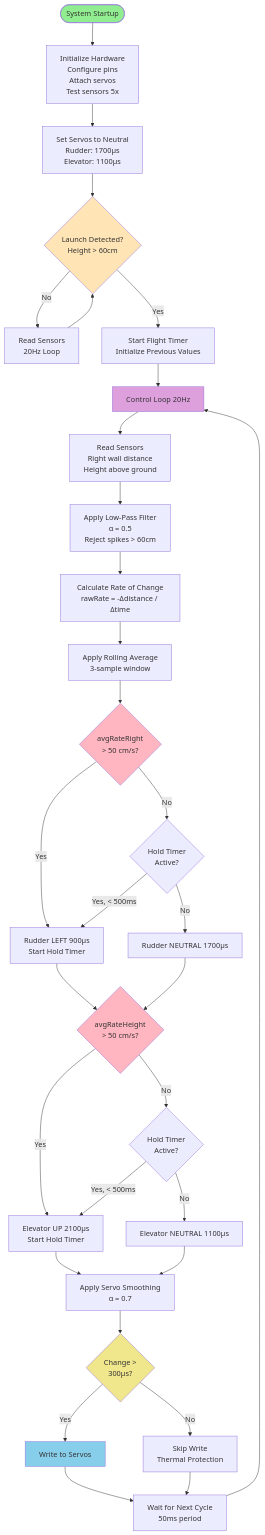
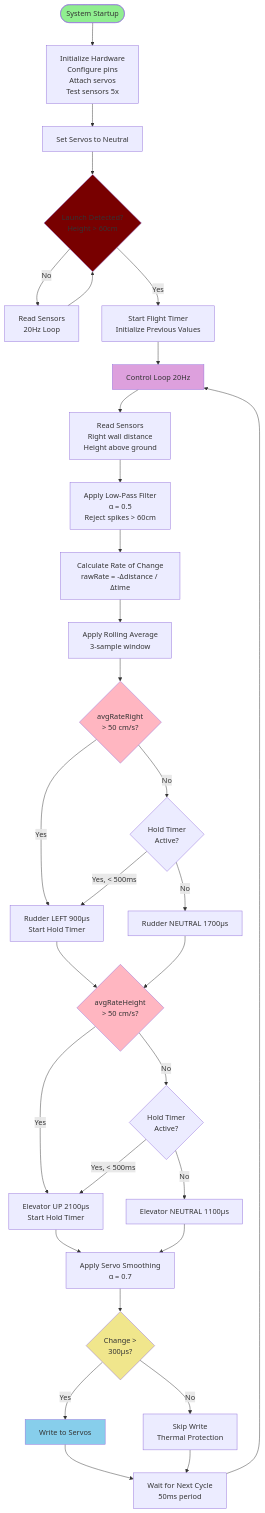
Before and after one commit to VahidDanesh/fixed-wing: the diagram in README.md, drawn with Mermaid.

Commit message:
update flowchart

````diff
--- a/README.md
+++ b/README.md
@@ -205,53 +205,53 @@
 ```mermaid
 flowchart TD
     Start([System Startup]) --> Init[Initialize Hardware<br/>Configure pins<br/>Attach servos<br/>Test sensors 5x]
-    Init --> Neutral[Set Servos to Neutral<br/>Rudder: 1700µs<br/>Elevator: 1100µs]
+    Init --> Neutral[Set Servos to Neutral]
     Neutral --> WaitLaunch{Launch Detected?<br/>Height > 60cm}
     
     WaitLaunch -->|No| ReadSensors1[Read Sensors<br/>20Hz Loop]
     ReadSensors1 --> WaitLaunch
     
     WaitLaunch -->|Yes| StartFlight[Start Flight Timer<br/>Initialize Previous Values]
     
     StartFlight --> ControlLoop[Control Loop 20Hz]
     
     ControlLoop --> ReadSensors2[Read Sensors<br/>Right wall distance<br/>Height above ground]
     ReadSensors2 --> Filter[Apply Low-Pass Filter<br/>α = 0.5<br/>Reject spikes > 60cm]
     
     Filter --> CalcRate[Calculate Rate of Change<br/>rawRate = -Δdistance / Δtime]
     CalcRate --> RollingAvg[Apply Rolling Average<br/>3-sample window]
     
     RollingAvg --> RudderCheck{avgRateRight<br/>> 50 cm/s?}
     RudderCheck -->|Yes| RudderLeft[Rudder LEFT 900µs<br/>Start Hold Timer]
     RudderCheck -->|No| RudderHoldCheck{Hold Timer<br/>Active?}
     RudderHoldCheck -->|Yes, < 500ms| RudderLeft
     RudderHoldCheck -->|No| RudderNeutral[Rudder NEUTRAL 1700µs]
     
     RudderLeft --> ElevatorCheck{avgRateHeight<br/>> 50 cm/s?}
     RudderNeutral --> ElevatorCheck
     
     ElevatorCheck -->|Yes| ElevatorUp[Elevator UP 2100µs<br/>Start Hold Timer]
     ElevatorCheck -->|No| ElevatorHoldCheck{Hold Timer<br/>Active?}
     ElevatorHoldCheck -->|Yes, < 500ms| ElevatorUp
     ElevatorHoldCheck -->|No| ElevatorNeutral[Elevator NEUTRAL 1100µs]
     
     ElevatorUp --> Smooth[Apply Servo Smoothing<br/>α = 0.7]
     ElevatorNeutral --> Smooth
     
     Smooth --> Deadband{Change ><br/>300µs?}
     Deadband -->|Yes| WriteServo[Write to Servos]
     Deadband -->|No| Skip[Skip Write<br/>Thermal Protection]
     
     WriteServo --> Delay[Wait for Next Cycle<br/>50ms period]
     Skip --> Delay
     
     Delay --> ControlLoop
     
     style Start fill:#90EE90
-    style WaitLaunch fill:#FFE4B5
+    style WaitLaunch fill:#780000
     style RudderCheck fill:#FFB6C1
     style ElevatorCheck fill:#FFB6C1
     style WriteServo fill:#87CEEB
     style ControlLoop fill:#DDA0DD
     style Deadband fill:#F0E68C
 ```
````
